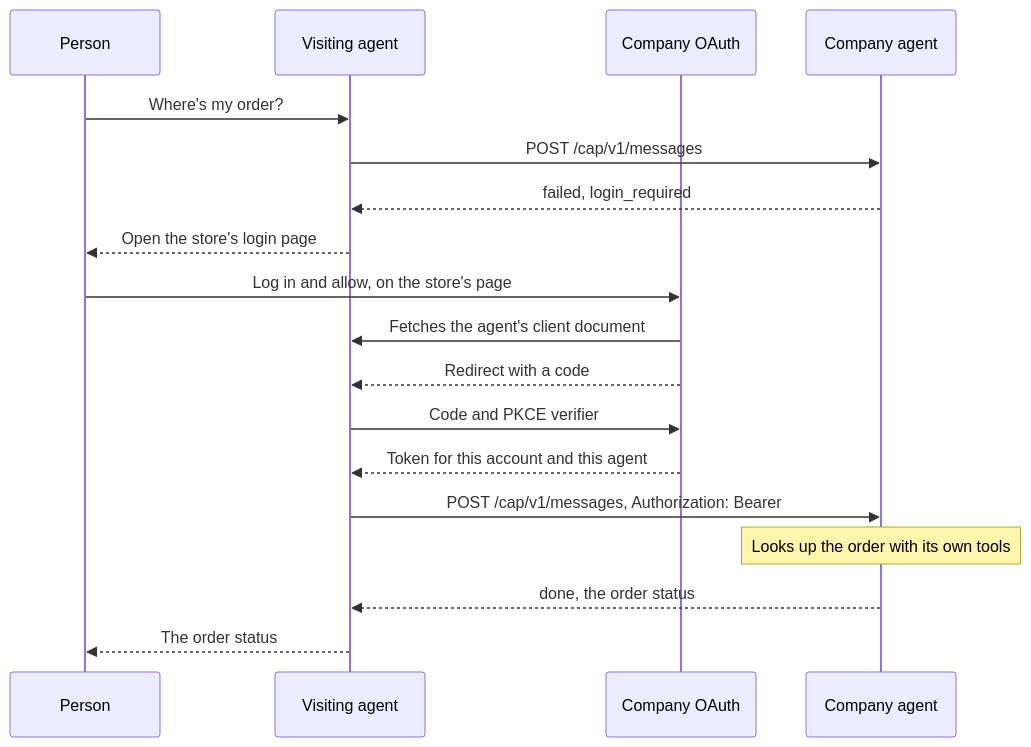
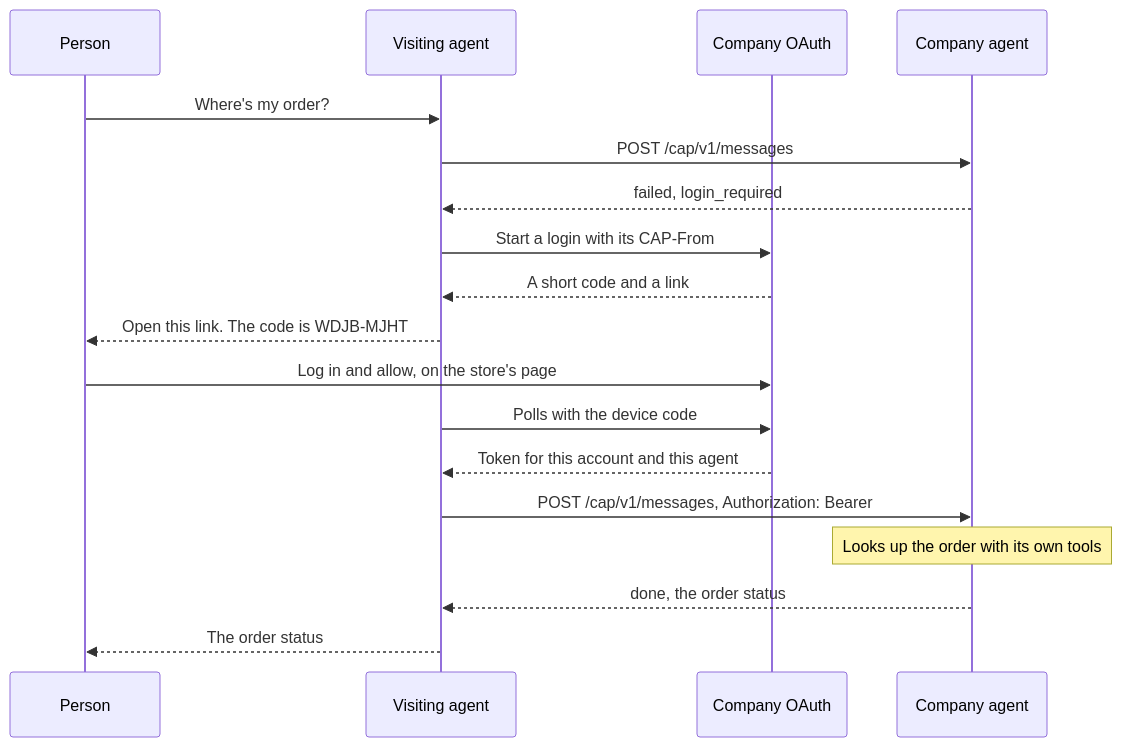
Before and after one commit to conciergeprotocol/cap: the diagram in concepts/access.md, drawn with Mermaid. The commit also changed other lines of this file and 9 other files, not shown here.

First line of the commit message:
Add the code login (RFC 8628) as the default account login

````diff
--- a/concepts/access.md
+++ b/concepts/access.md
@@ -5,21 +5,21 @@
 ```mermaid
 sequenceDiagram
     participant P as Person
     participant V as Visiting agent
     participant L as Company OAuth
     participant O as Company agent
 
     P->>V: Where's my order?
     V->>O: POST /cap/v1/messages
     O-->>V: failed, login_required
-    V-->>P: Open the store's login page
+    V->>L: Start a login with its CAP-From
+    L-->>V: A short code and a link
+    V-->>P: Open this link. The code is WDJB-MJHT
     P->>L: Log in and allow, on the store's page
-    L->>V: Fetches the agent's client document
-    L-->>V: Redirect with a code
-    V->>L: Code and PKCE verifier
+    V->>L: Polls with the device code
     L-->>V: Token for this account and this agent
     V->>O: POST /cap/v1/messages, Authorization: Bearer
     Note over O: Looks up the order with its own tools
     O-->>V: done, the order status
     V-->>P: The order status
 ```
````
